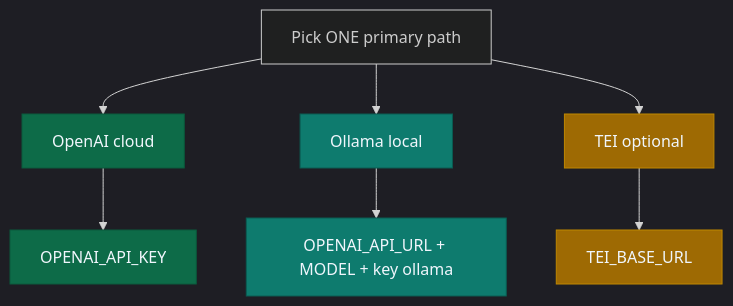
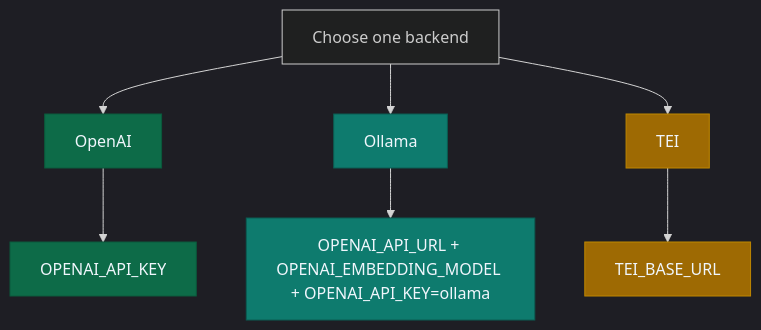
One commit to debian777/kairos-mcp changed the diagram in docs/install/prerequisites.md. Above: the diagram before and after it, drawn with Mermaid. The commit also changed other lines of this file and 13 other files, not shown here.

````diff
--- a/docs/install/prerequisites.md
+++ b/docs/install/prerequisites.md
@@ -14,18 +54,18 @@
 ```mermaid
 %%{init: {'theme': 'dark'}}%%
 flowchart TB
-  Q[Pick ONE primary path]
-  Q --> O[OpenAI cloud]
-  Q --> L[Ollama local]
-  Q --> T[TEI optional]
+  Q[Choose one backend]
+  Q --> O[OpenAI]
+  Q --> L[Ollama]
+  Q --> T[TEI]
   O --> E1[OPENAI_API_KEY]
-  L --> E2[OPENAI_API_URL + MODEL + key ollama]
+  L --> E2[OPENAI_API_URL + OPENAI_EMBEDDING_MODEL + OPENAI_API_KEY=ollama]
   T --> E3[TEI_BASE_URL]
 
   classDef a fill:#0d6b48,stroke:#0a5a3c,color:#f0f6fc
   classDef b fill:#0e7b6e,stroke:#0a5c52,color:#f0f6fc
   classDef c fill:#9e6a03,stroke:#bf8700,color:#f0f6fc
   class O,E1 a
   class L,E2 b
   class T,E3 c
 ```
````
